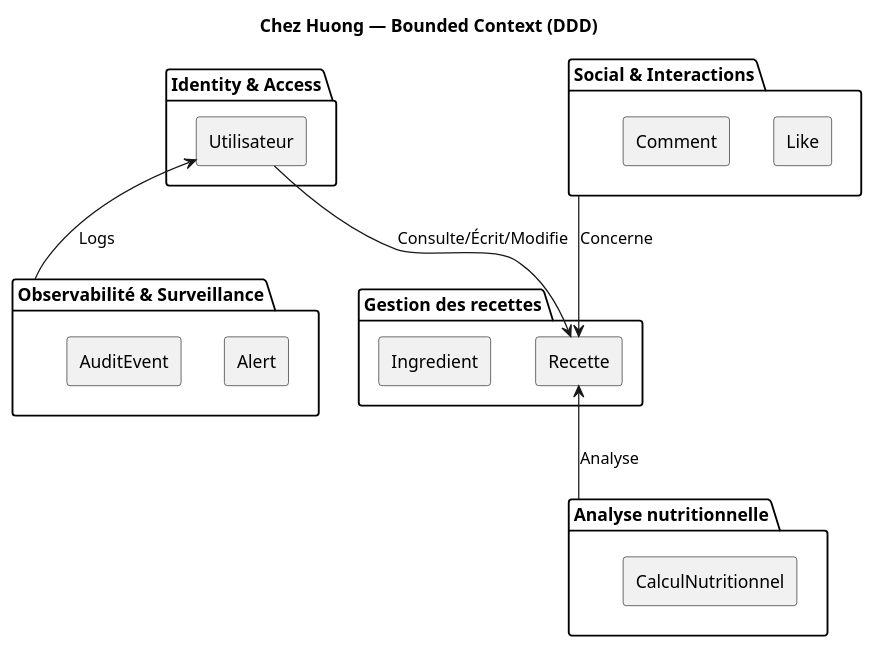
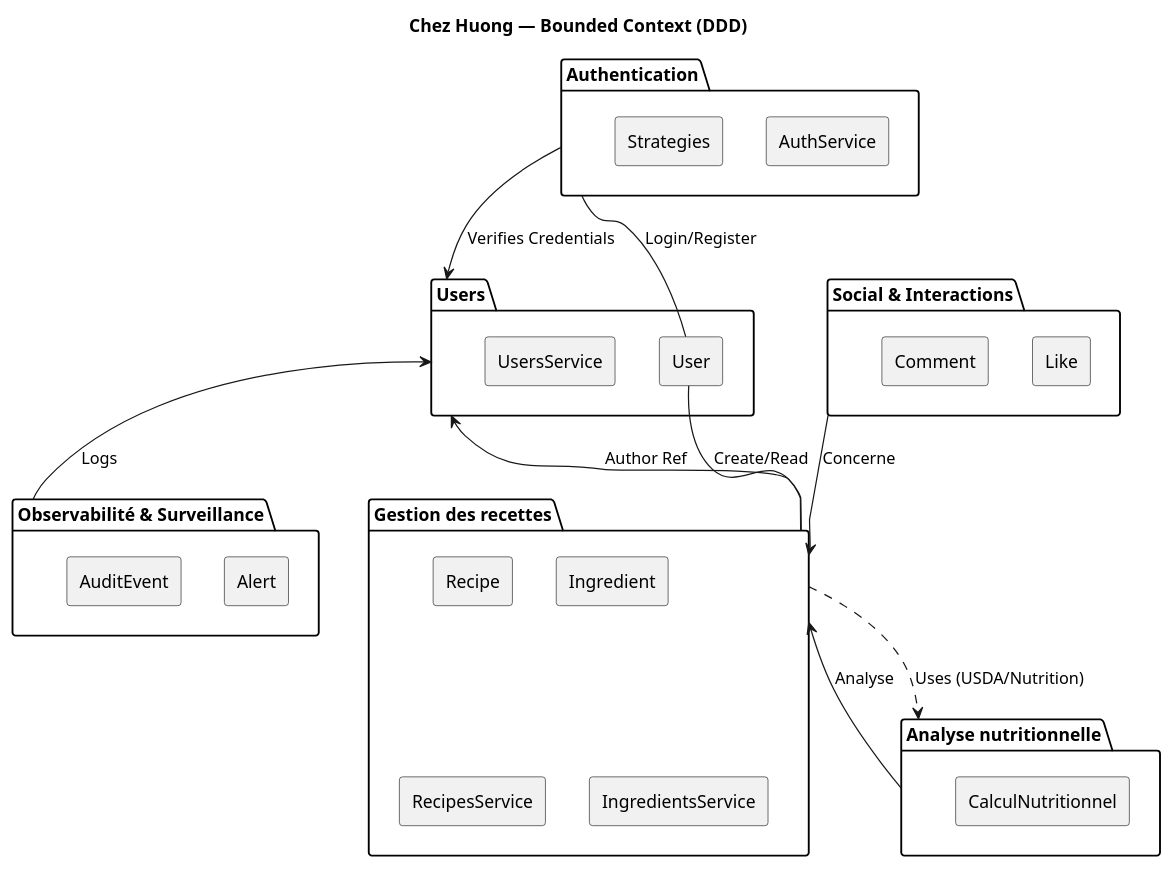
The diagram in docs/bounded_context.puml (Orchydae/Chez_Huong), drawn with PlantUML before and after one commit. The commit also changed 2 other files, not shown here.

```diff
--- a/docs/bounded_context.puml
+++ b/docs/bounded_context.puml
@@ -1,38 +1,51 @@
 @startuml bounded_context
 title Chez Huong — Bounded Context (DDD)
 
 skinparam componentStyle rectangle
 skinparam defaultFontName Monospace
 
-package "Identity & Access" as IAM {
-    rectangle Utilisateur
+package "Authentication" as AuthContext {
+    rectangle AuthService
+    rectangle Strategies
 }
 
-package "Gestion des recettes" as GR {
-    rectangle Recette
+package "Users" as UsersContext {
+    rectangle User
+    rectangle UsersService
+}
+
+package "Gestion des recettes" as RecipesContext {
+    rectangle Recipe
     rectangle Ingredient
+    rectangle RecipesService
+    rectangle IngredientsService
 }
 
 package "Social & Interactions" as SI {
     rectangle Like
     rectangle Comment
 }
 
 package "Analyse nutritionnelle" as AN {
     rectangle CalculNutritionnel
 }
 
 package "Observabilité & Surveillance" as OS {
     rectangle Alert
     rectangle AuditEvent
 }
 
 ' === LIENS ENTRE BOUNDED CONTEXTS ===
 
-Utilisateur --> Recette: Consulte/Écrit/Modifie
-Utilisateur <-- OS: Logs
-SI --> Recette: Concerne
-Recette <-- AN: Analyse
+AuthContext --> UsersContext: Verifies Credentials
+RecipesContext --> UsersContext: Author Ref
+RecipesContext ..> AN: Uses (USDA/Nutrition)
 
+User -- RecipesContext: Create/Read
+User -- AuthContext: Login/Register
+
+SI --> RecipesContext: Concerne
+RecipesContext <-- AN: Analyse
+UsersContext <-- OS: Logs
 
 @enduml
```
